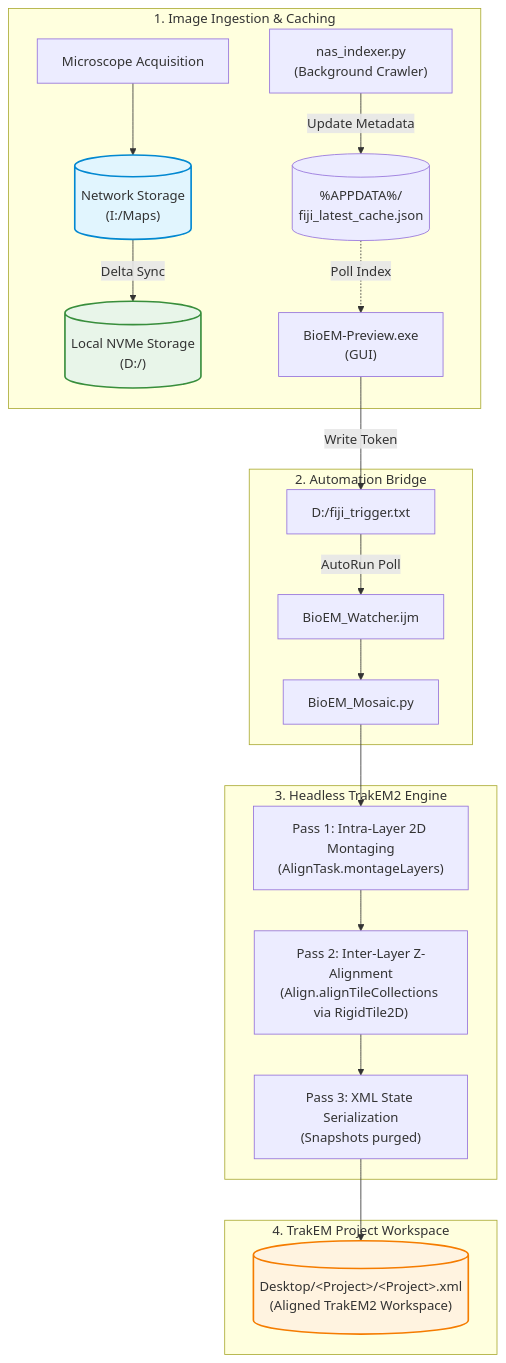
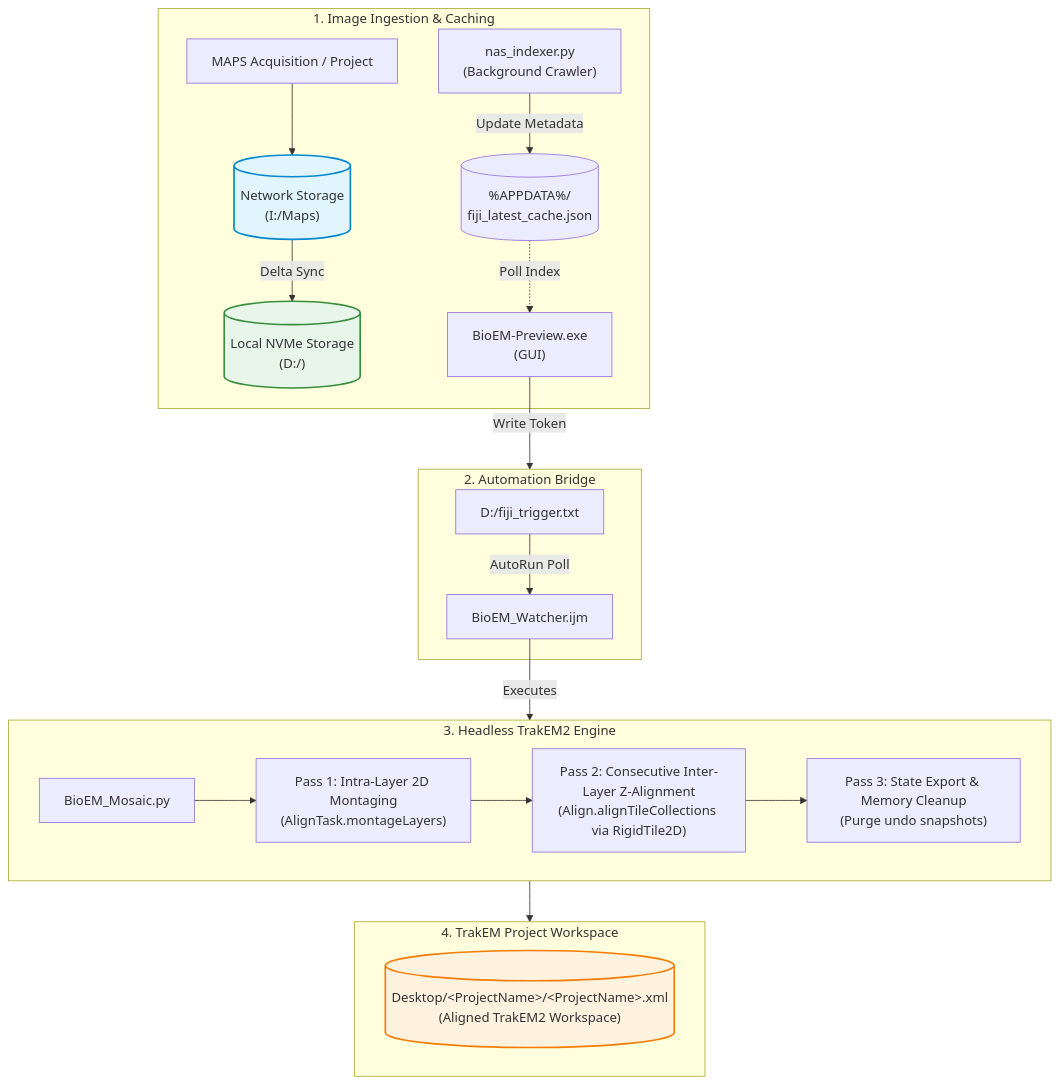
The diagram in README.md (leekslk/BioEM-Preview), drawn with Mermaid before and after one commit.

Commit message:
docs: final draft, correct markdown syntax and formating

````diff
--- a/README.md
+++ b/README.md
@@ -19,29 +19,32 @@
 ```mermaid
 flowchart TD
     subgraph Storage [" 1. Image Ingestion & Caching "]
-        EM["Microscope Acquisition"] --> NAS[("Network Storage<br/>(I:/Maps)")]
+        EM["MAPS Acquisition / Project"] --> NAS[("Network Storage<br/>(I:/Maps)")]
         NAS -->|"Delta Sync"| SSD[("Local NVMe Storage<br/>(D:/)")]
         Indexer["nas_indexer.py<br/>(Background Crawler)"] -->|"Update Metadata"| Cache[("%APPDATA%/<br/>fiji_latest_cache.json")]
         Cache -.->|"Poll Index"| UI["BioEM-Preview.exe<br/>(GUI)"]
     end
 
     subgraph Automation [" 2. Automation Bridge "]
-        UI -->|"Write Token"| Trig["D:/fiji_trigger.txt"]
-        Trig -->|"AutoRun Poll"| Watcher["BioEM_Watcher.ijm"]
-        Watcher --> Script["BioEM_Mosaic.py"]
+        Trig["D:/fiji_trigger.txt"] -->|"AutoRun Poll"| Watcher["BioEM_Watcher.ijm"]
     end
 
     subgraph Processing [" 3. Headless TrakEM2 Engine "]
-        Script --> P1["Pass 1: Intra-Layer 2D Montaging<br/>(AlignTask.montageLayers)"]
-        P1 --> P2["Pass 2: Inter-Layer Z-Alignment<br/>(Align.alignTileCollections via RigidTile2D)"]
-        P2 --> P3["Pass 3: XML State Serialization<br/>(Snapshots purged)"]
+        Script["BioEM_Mosaic.py"] --> P1["Pass 1: Intra-Layer 2D Montaging<br/>(AlignTask.montageLayers)"]
+        P1 --> P2["Pass 2: Consecutive Inter-Layer Z-Alignment<br/>(Align.alignTileCollections via RigidTile2D)"]
+        P2 --> P3["Pass 3: State Export & Memory Cleanup<br/>(Purge undo snapshots)"]
     end
 
     subgraph Output [" 4. TrakEM Project Workspace "]
-        P3 --> XML[("Desktop/&lt;Project&gt;/&lt;Project&gt;.xml<br/>(Aligned TrakEM2 Workspace)")]
+        XML[("Desktop/&lt;ProjectName&gt;/&lt;ProjectName&gt;.xml<br/>(Aligned TrakEM2 Workspace)")]
     end
+
+    %% Inter-stage connections targeting the containers directly
+    UI -->|"Write Token"| Automation
+    Watcher -->|"Executes"| Processing
+    Processing --> Output
 
     style NAS fill:#e1f5fe,stroke:#0288d1,stroke-width:2px
     style SSD fill:#e8f5e9,stroke:#388e3c,stroke-width:2px
     style XML fill:#fff3e0,stroke:#f57c00,stroke-width:2px
 ```
````
